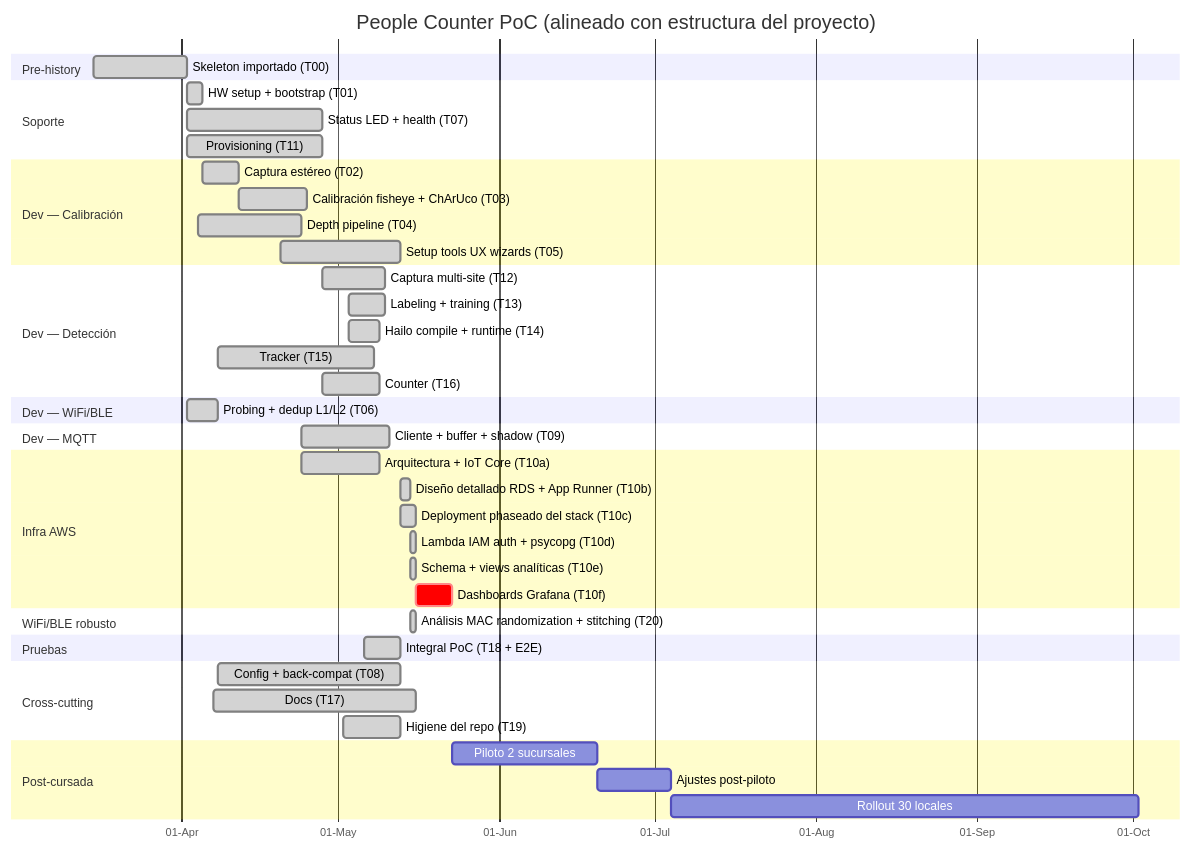
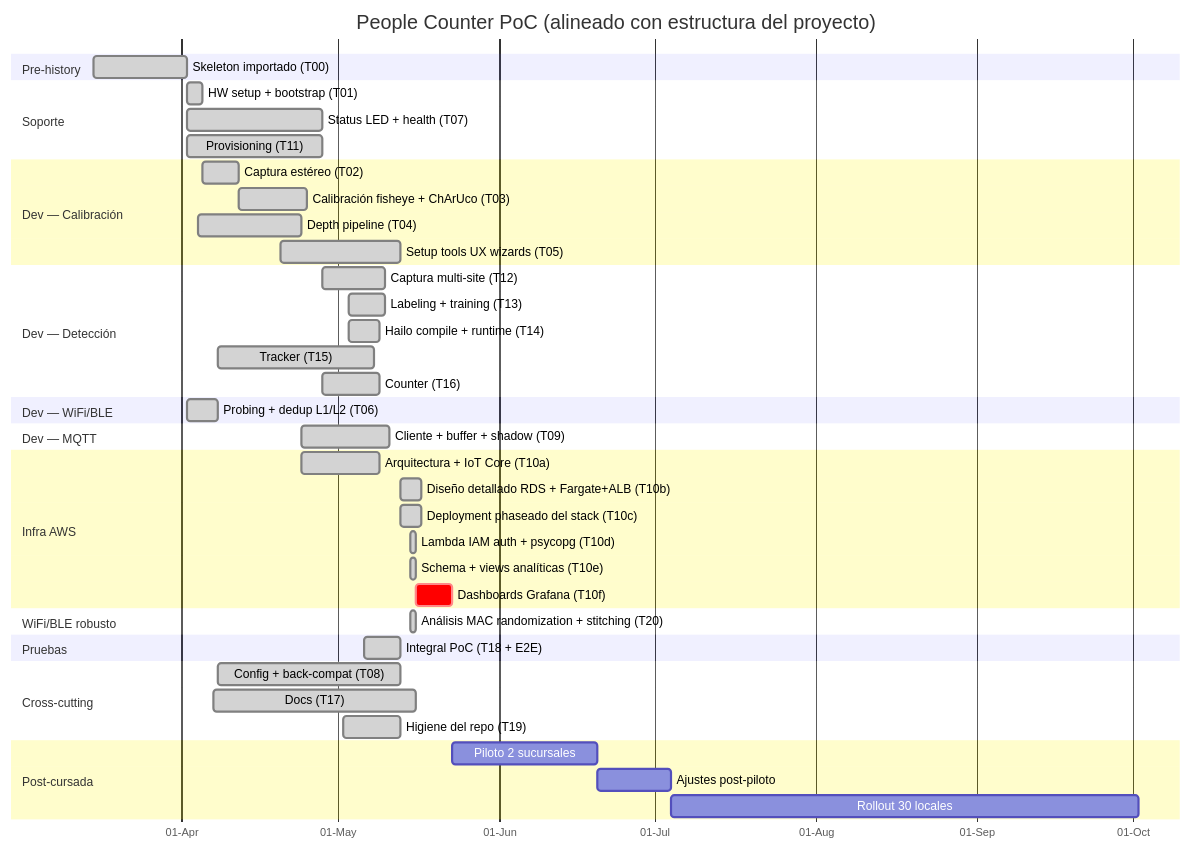
Before and after one commit to maurogasparri/people-counter: the first of 2 diagrams in docs/project-gantt.md, drawn with Mermaid. The commit also changed other lines of this file and 6 other files, not shown here.

````diff
--- a/docs/project-gantt.md
+++ b/docs/project-gantt.md
@@ -415,57 +418,57 @@
 ```mermaid
 gantt
     title People Counter PoC (alineado con estructura del proyecto)
     dateFormat YYYY-MM-DD
     axisFormat %d-%b
 
     section Pre-history
     Skeleton importado (T00)              :done, t00, 2026-03-15, 18d
 
     section Soporte
     HW setup + bootstrap (T01)            :done, t01, after t00, 3d
     Status LED + health (T07)             :done, t07, 2026-04-02, 26d
     Provisioning (T11)                    :done, t11, 2026-04-02, 26d
 
     section Dev — Calibración
     Captura estéreo (T02)                 :done, t02, after t01, 7d
     Calibración fisheye + ChArUco (T03)   :done, t03, after t02, 13d
     Depth pipeline (T04)                  :done, t04, 2026-04-04, 20d
     Setup tools UX wizards (T05)          :done, t05, 2026-04-20, 23d
 
     section Dev — Detección
     Captura multi-site (T12)              :done, t12, 2026-04-28, 12d
     Labeling + training (T13)             :done, t13, 2026-05-03, 7d
     Hailo compile + runtime (T14)         :done, t14, 2026-05-03, 6d
     Tracker (T15)                         :done, t15, 2026-04-08, 30d
     Counter (T16)                         :done, t16, 2026-04-28, 11d
 
     section Dev — WiFi/BLE
     Probing + dedup L1/L2 (T06)           :done, t06, 2026-04-02, 6d
 
     section Dev — MQTT
     Cliente + buffer + shadow (T09)       :done, t09, 2026-04-24, 17d
 
     section Infra AWS
     Arquitectura + IoT Core (T10a)        :done, t10a, 2026-04-24, 15d
-    Diseño detallado RDS + App Runner (T10b) :done, t10b, 2026-05-13, 2d
-    Deployment phaseado del stack (T10c)  :done, t10c, 2026-05-13, 3d
+    Diseño detallado RDS + Fargate+ALB (T10b) :done, t10b, 2026-05-13, 4d
+    Deployment phaseado del stack (T10c)  :done, t10c, 2026-05-13, 4d
     Lambda IAM auth + psycopg (T10d)      :done, t10d, 2026-05-15, 1d
     Schema + views analíticas (T10e)      :done, t10e, 2026-05-15, 1d
     Dashboards Grafana (T10f)             :crit, t10f, 2026-05-16, 7d
 
     section WiFi/BLE robusto
     Análisis MAC randomization + stitching (T20) :done, t20, 2026-05-15, 1d
 
     section Pruebas
     Integral PoC (T18 + E2E)              :done, t18, 2026-05-06, 7d
 
     section Cross-cutting
     Config + back-compat (T08)            :done, t08, 2026-04-08, 35d
     Docs (T17)                            :done, t17, 2026-04-07, 39d
     Higiene del repo (T19)                :done, t19, 2026-05-02, 11d
 
     section Post-cursada
     Piloto 2 sucursales                   :pilot, after t10f, 28d
     Ajustes post-piloto                   :adjust, after pilot, 14d
     Rollout 30 locales                    :rollout, after adjust, 90d
 ```
````
